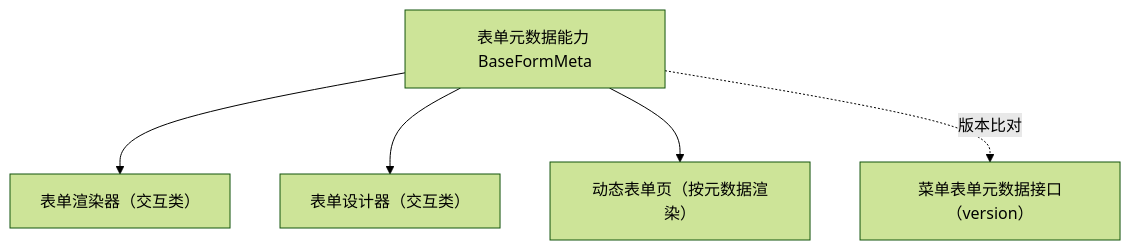
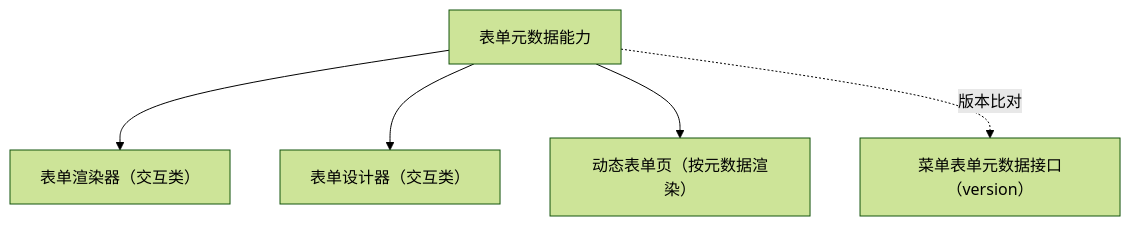
One commit to minjian123/basic-management-system changed the diagram in bms文档/设计/组件设计/02_基础组件类/02_能力类/21_组件设计_表单元数据能力/21_组件设计_表单元数据能力.md. Above: the diagram before and after it, drawn with Mermaid (forest theme). The commit also changed other lines of this file and 238 other files, not shown here.

````diff
--- a/bms文档/设计/组件设计/02_基础组件类/02_能力类/21_组件设计_表单元数据能力/21_组件设计_表单元数据能力.md
+++ b/bms文档/设计/组件设计/02_基础组件类/02_能力类/21_组件设计_表单元数据能力/21_组件设计_表单元数据能力.md
@@ -15,7 +16,7 @@
 ```mermaid
 flowchart TD
-    FM["表单元数据能力 BaseFormMeta"] --> FR["表单渲染器（交互类）"]
+    FM["表单元数据能力"] --> FR["表单渲染器（交互类）"]
     FM --> FD["表单设计器（交互类）"]
     FM --> FP["动态表单页（按元数据渲染）"]
     FM -. 版本比对 .-> C["菜单表单元数据接口（version）"]
 ```
````
